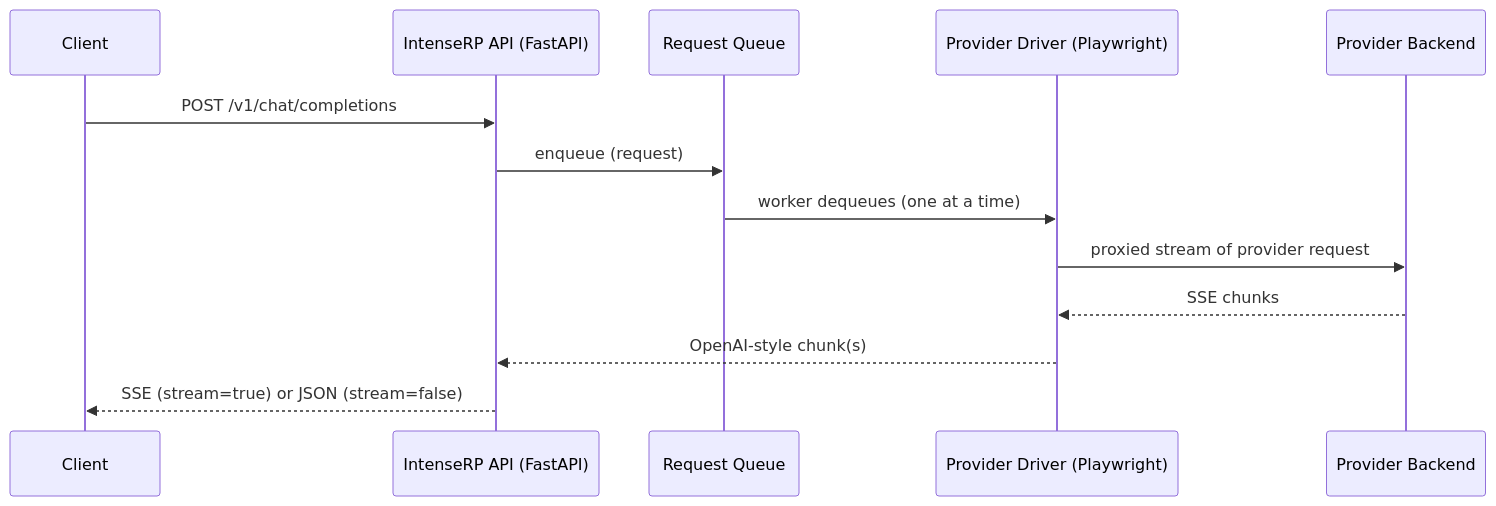
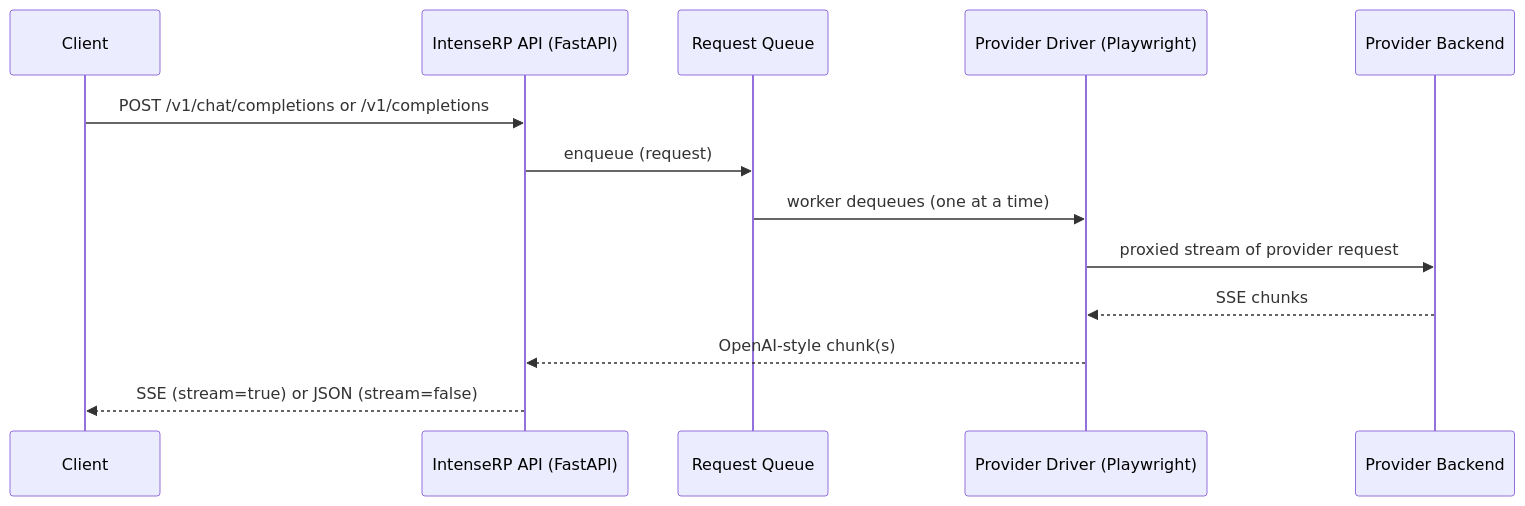
The diagram in docs/advanced/api-behavior.md (TiredDog76/intense-rp-next), drawn with Mermaid before and after one commit. The commit also changed other lines of this file and 13 other files, not shown here.

````diff
--- a/docs/advanced/api-behavior.md
+++ b/docs/advanced/api-behavior.md
@@ -107,16 +108,16 @@
 ```mermaid
 sequenceDiagram
     participant C as Client
     participant A as IntenseRP API (FastAPI)
     participant Q as Request Queue
     participant D as Provider Driver (Playwright)
     participant DS as Provider Backend
 
-    C->>A: POST /v1/chat/completions
+    C->>A: POST /v1/chat/completions or /v1/completions
     A->>Q: enqueue (request)
     Q->>D: worker dequeues (one at a time)
     D->>DS: proxied stream of provider request
     DS-->>D: SSE chunks
     D-->>A: OpenAI-style chunk(s)
     A-->>C: SSE (stream=true) or JSON (stream=false)
 ```
````
